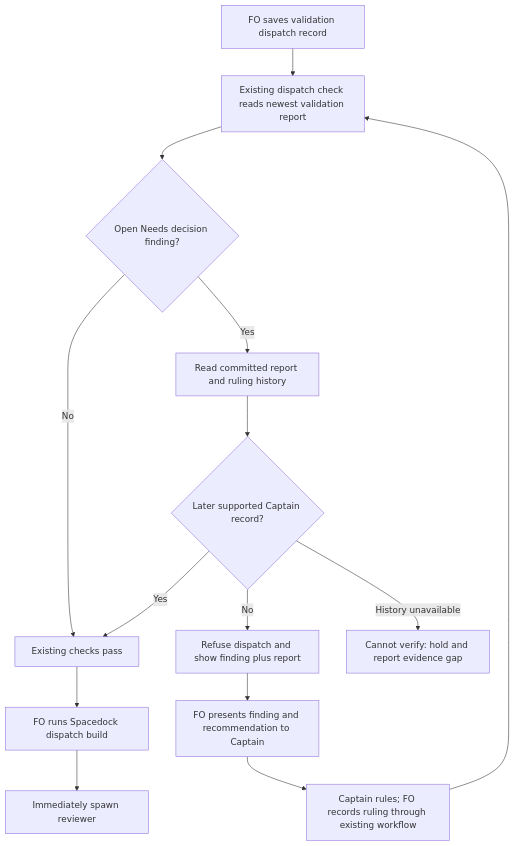
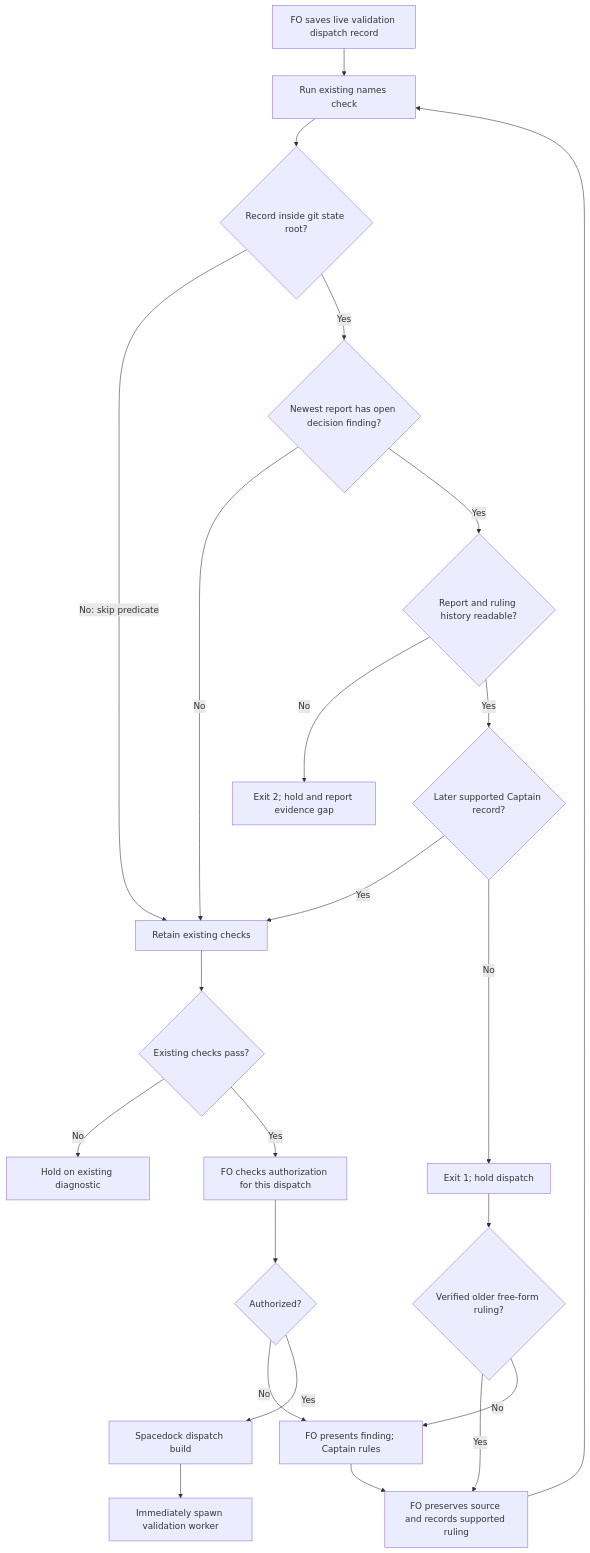
The diagram in validation-rerun-waits-for-captain-ruling.md (iamcxa/kc-claude-plugins), drawn with Mermaid before and after one commit. The commit also changed other lines of this file, not shown here.

Commit message:
docs(dev2): revise validation rerun ideation after Captain ruling

````diff
--- a/validation-rerun-waits-for-captain-ruling.md
+++ b/validation-rerun-waits-for-captain-ruling.md
@@ -110,16 +107,25 @@
 ```mermaid
 flowchart TD
-    A[FO saves validation dispatch record] --> B[Existing dispatch check reads newest validation report]
-    B --> C{Open Needs decision finding?}
-    C -- No --> P[Existing checks pass]
-    C -- Yes --> D[Read committed report and ruling history]
-    D --> E{Later supported Captain record?}
-    E -- Yes --> P
-    E -- No --> H[Refuse dispatch and show finding plus report]
-    E -- History unavailable --> U[Cannot verify: hold and report evidence gap]
-    H --> K[FO presents finding and recommendation to Captain]
-    K --> R[Captain rules; FO records ruling through existing workflow]
+    A[FO saves live validation dispatch record] --> B[Run existing names check]
+    B --> C{Record inside git state root?}
+    C -- No: skip predicate --> X[Retain existing checks]
+    C -- Yes --> D{Newest report has open decision finding?}
+    D -- No --> X
+    D -- Yes --> E{Report and ruling history readable?}
+    E -- No --> U[Exit 2; hold and report evidence gap]
+    E -- Yes --> F{Later supported Captain record?}
+    F -- Yes --> X
+    F -- No --> H[Exit 1; hold dispatch]
+    H --> K{Verified older free-form ruling?}
+    K -- Yes --> R[FO preserves source and records supported ruling]
+    K -- No --> Q[FO presents finding; Captain rules]
+    Q --> R
     R --> B
-    P --> S[FO runs Spacedock dispatch build]
-    S --> W[Immediately spawn reviewer]
+    X --> Y{Existing checks pass?}
+    Y -- No --> Z[Hold on existing diagnostic]
+    Y -- Yes --> S[FO checks authorization for this dispatch]
+    S --> T{Authorized?}
+    T -- No --> Q
+    T -- Yes --> V[Spacedock dispatch build]
+    V --> W[Immediately spawn validation worker]
 ```
````
